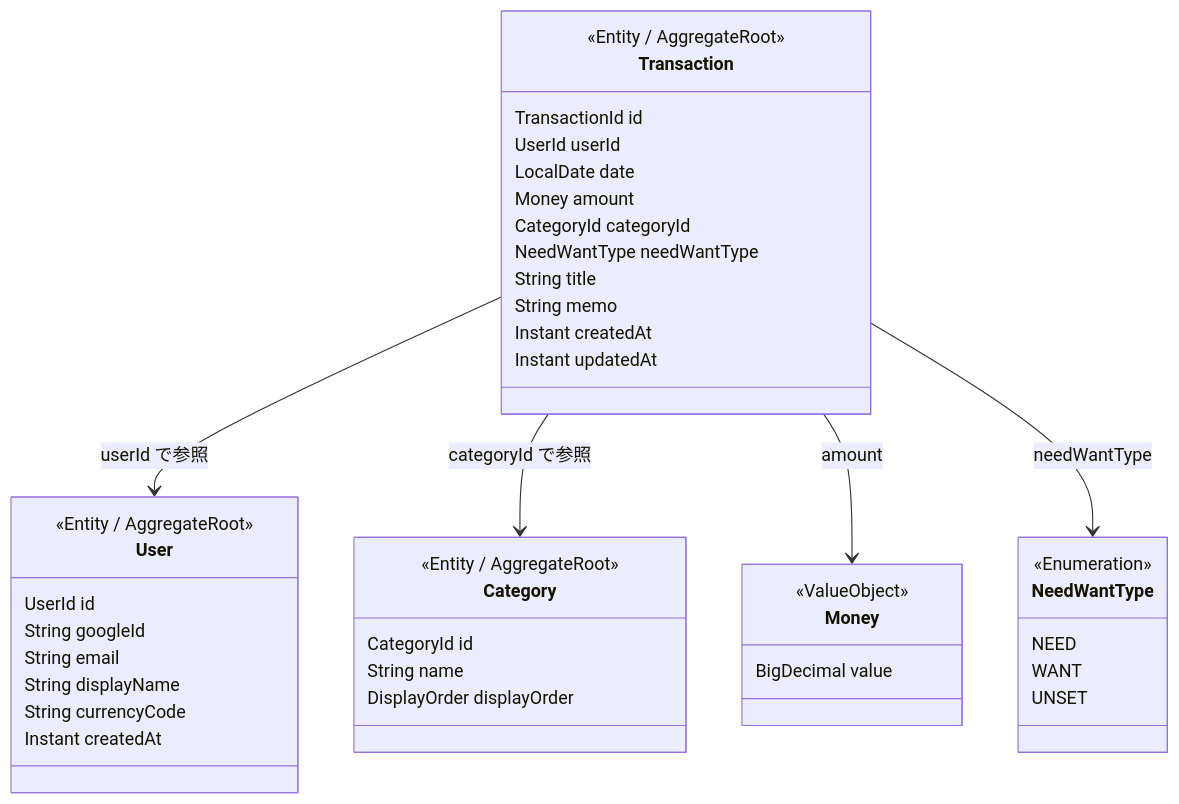
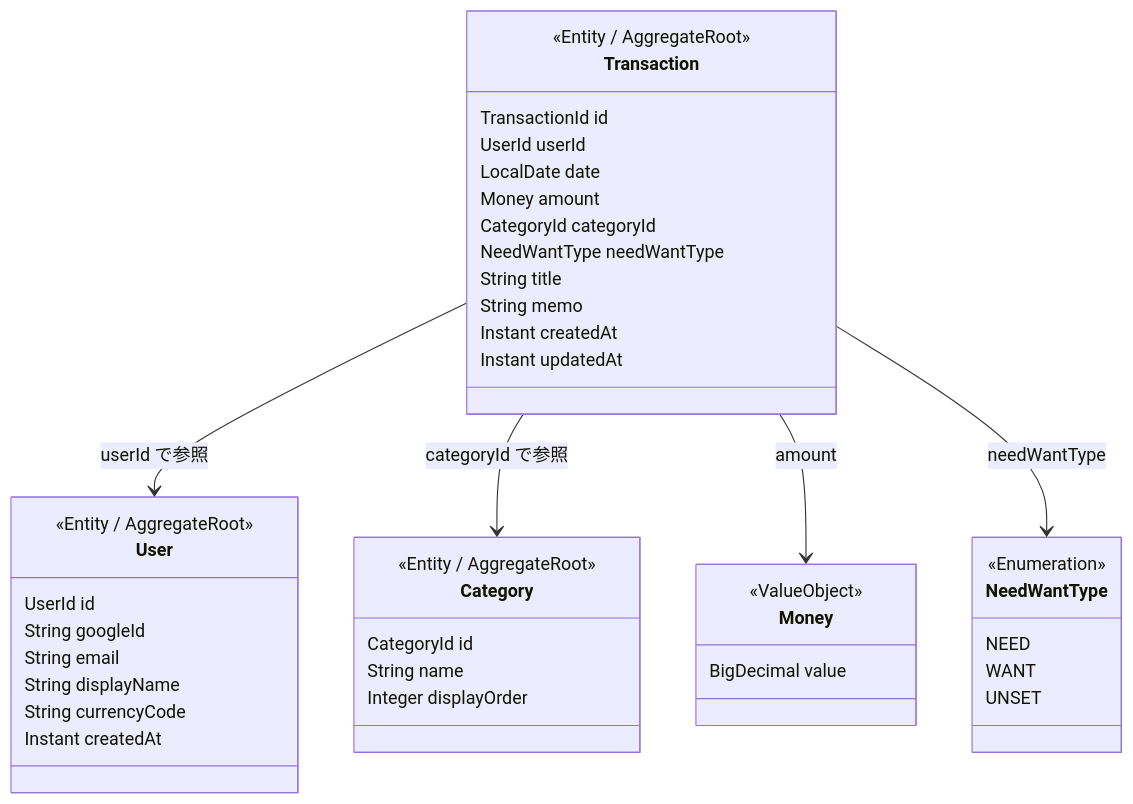
Before and after one commit to youmorry/expense-tracker: the diagram in docs/03-design/domain-model.md, drawn with Mermaid. The commit also changed 1 other file, not shown here.

Commit message:
docs:  資料を追加、更新
- ドメインモデル
- ER図

````diff
--- a/docs/03-design/domain-model.md
+++ b/docs/03-design/domain-model.md
@@ -12,52 +12,52 @@
 ```mermaid
 classDiagram
     direction TB
 
     class User {
         <<Entity / AggregateRoot>>
         UserId id
         String googleId
         String email
         String displayName
         String currencyCode
         Instant createdAt
     }
 
     class Transaction {
         <<Entity / AggregateRoot>>
         TransactionId id
         UserId userId
         LocalDate date
         Money amount
         CategoryId categoryId
         NeedWantType needWantType
         String title
         String memo
         Instant createdAt
         Instant updatedAt
     }
 
     class Category {
         <<Entity / AggregateRoot>>
         CategoryId id
         String name
-        DisplayOrder displayOrder
+        Integer displayOrder
     }
 
     class Money {
         <<ValueObject>>
         BigDecimal value
     }
 
     class NeedWantType {
         <<Enumeration>>
         NEED
         WANT
         UNSET
     }
 
     Transaction --> User : userId で参照
     Transaction --> Category : categoryId で参照
     Transaction --> Money : amount
     Transaction --> NeedWantType : needWantType
 ```
````
